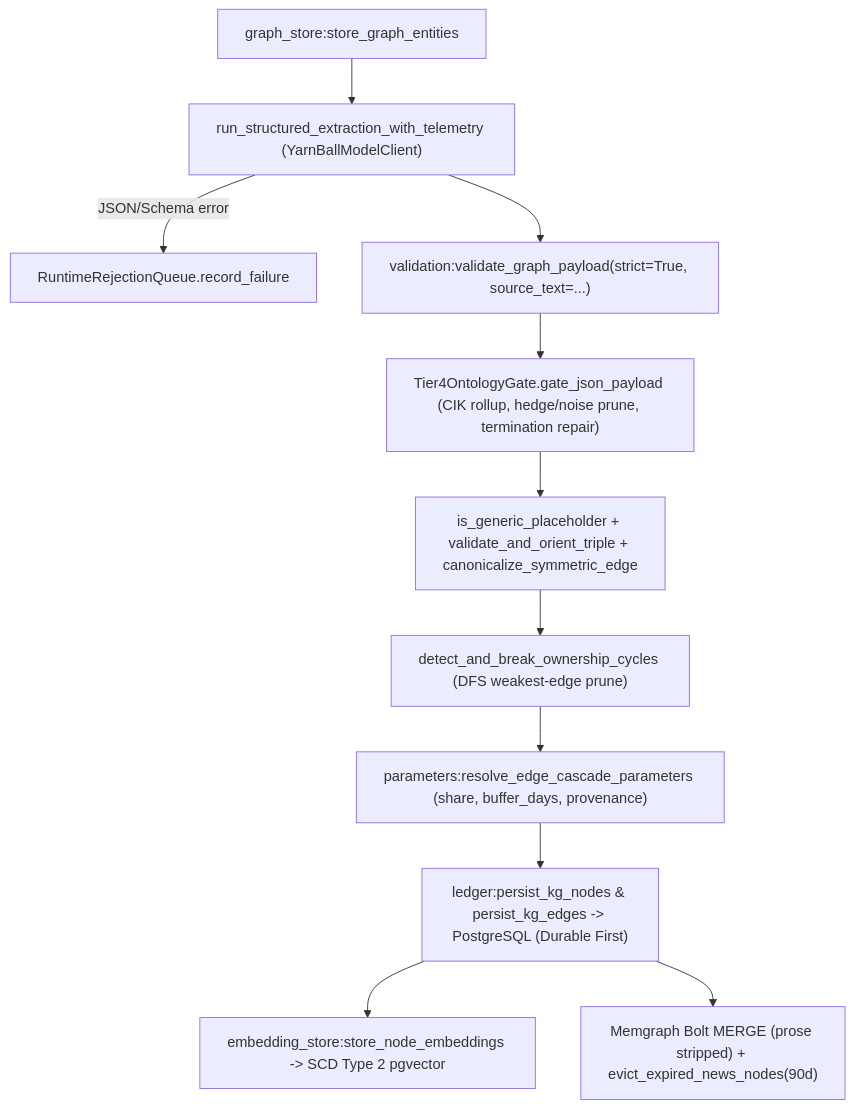
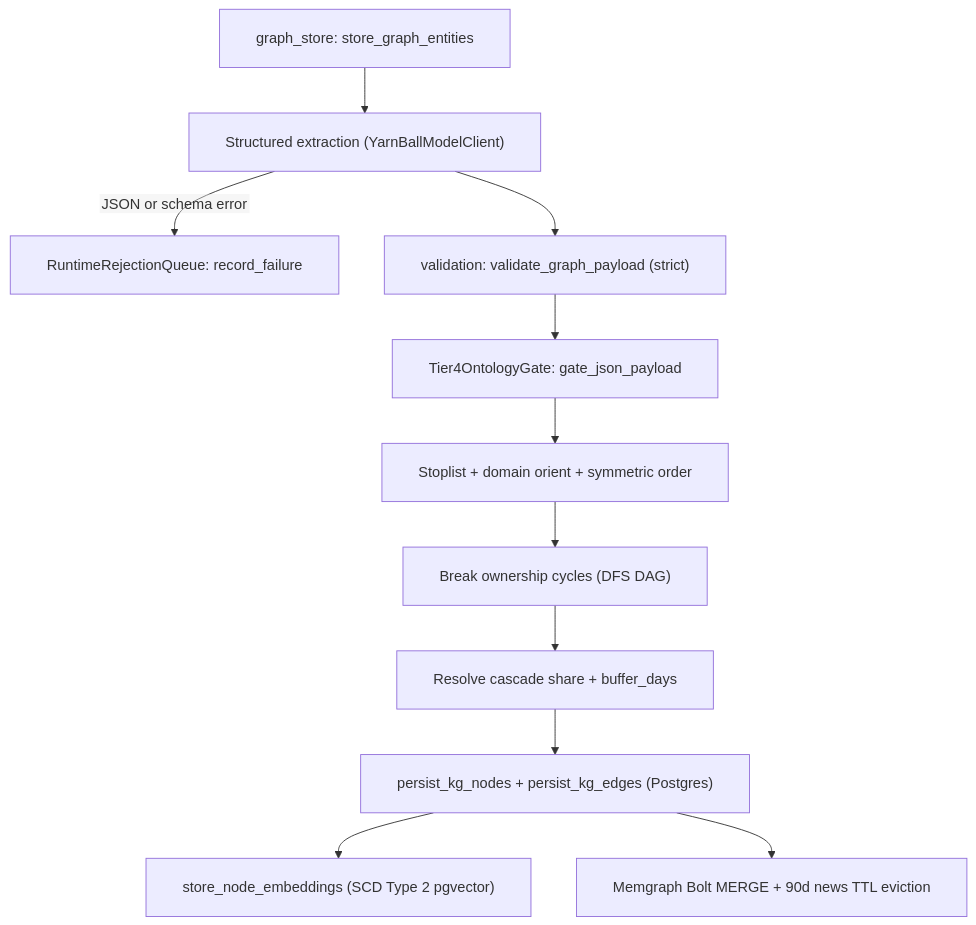
The second of 4 diagrams in docs/technical-report/02-ontology-linkage-and-ledger.md (CamiloEmiliano/YarnBall), drawn with Mermaid before and after one commit. The commit also changed other lines of this file and 6 other files, not shown here.

Commit message:
docs(technical-report): fix Mermaid rendering, Monograph numbering, notation, and Ch.0 layout

````diff
--- a/docs/technical-report/02-ontology-linkage-and-ledger.md
+++ b/docs/technical-report/02-ontology-linkage-and-ledger.md
@@ -241,13 +252,14 @@
 ```mermaid
+%%{init: {"flowchart": {"htmlLabels": false, "wrappingWidth": 420, "padding": 20}}}%%
 flowchart TD
-    A["graph_store:store_graph_entities"] --> B["run_structured_extraction_with_telemetry (YarnBallModelClient)"]
-    B -->|"JSON/Schema error"| Q["RuntimeRejectionQueue.record_failure"]
-    B --> C["validation:validate_graph_payload(strict=True, source_text=...)"]
-    C --> D["Tier4OntologyGate.gate_json_payload (CIK rollup, hedge/noise prune, termination repair)"]
-    D --> E["is_generic_placeholder + validate_and_orient_triple + canonicalize_symmetric_edge"]
-    E --> F["detect_and_break_ownership_cycles (DFS weakest-edge prune)"]
-    F --> G["parameters:resolve_edge_cascade_parameters (share, buffer_days, provenance)"]
-    G --> H["ledger:persist_kg_nodes & persist_kg_edges -> PostgreSQL (Durable First)"]
-    H --> I["embedding_store:store_node_embeddings -> SCD Type 2 pgvector"]
-    H --> J["Memgraph Bolt MERGE (prose stripped) + evict_expired_news_nodes(90d)"]
+    A["graph_store: store_graph_entities"] --> B["Structured extraction (YarnBallModelClient)"]
+    B -->|"JSON or schema error"| Q["RuntimeRejectionQueue: record_failure"]
+    B --> C["validation: validate_graph_payload (strict)"]
+    C --> D["Tier4OntologyGate: gate_json_payload"]
+    D --> E["Stoplist + domain orient + symmetric order"]
+    E --> F["Break ownership cycles (DFS DAG)"]
+    F --> G["Resolve cascade share + buffer_days"]
+    G --> H["persist_kg_nodes + persist_kg_edges (Postgres)"]
+    H --> I["store_node_embeddings (SCD Type 2 pgvector)"]
+    H --> J["Memgraph Bolt MERGE + 90d news TTL eviction"]
 ```
````
